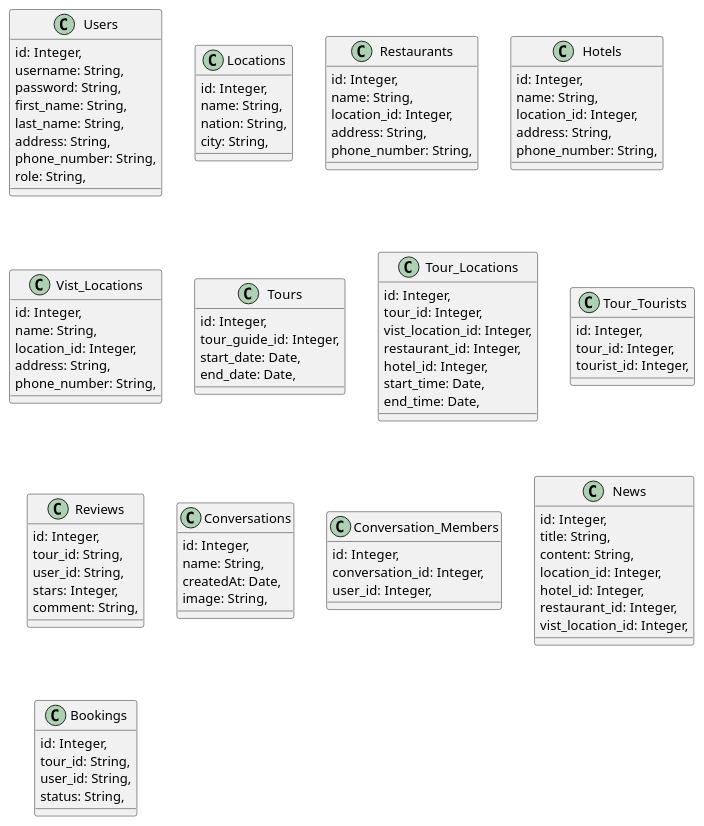
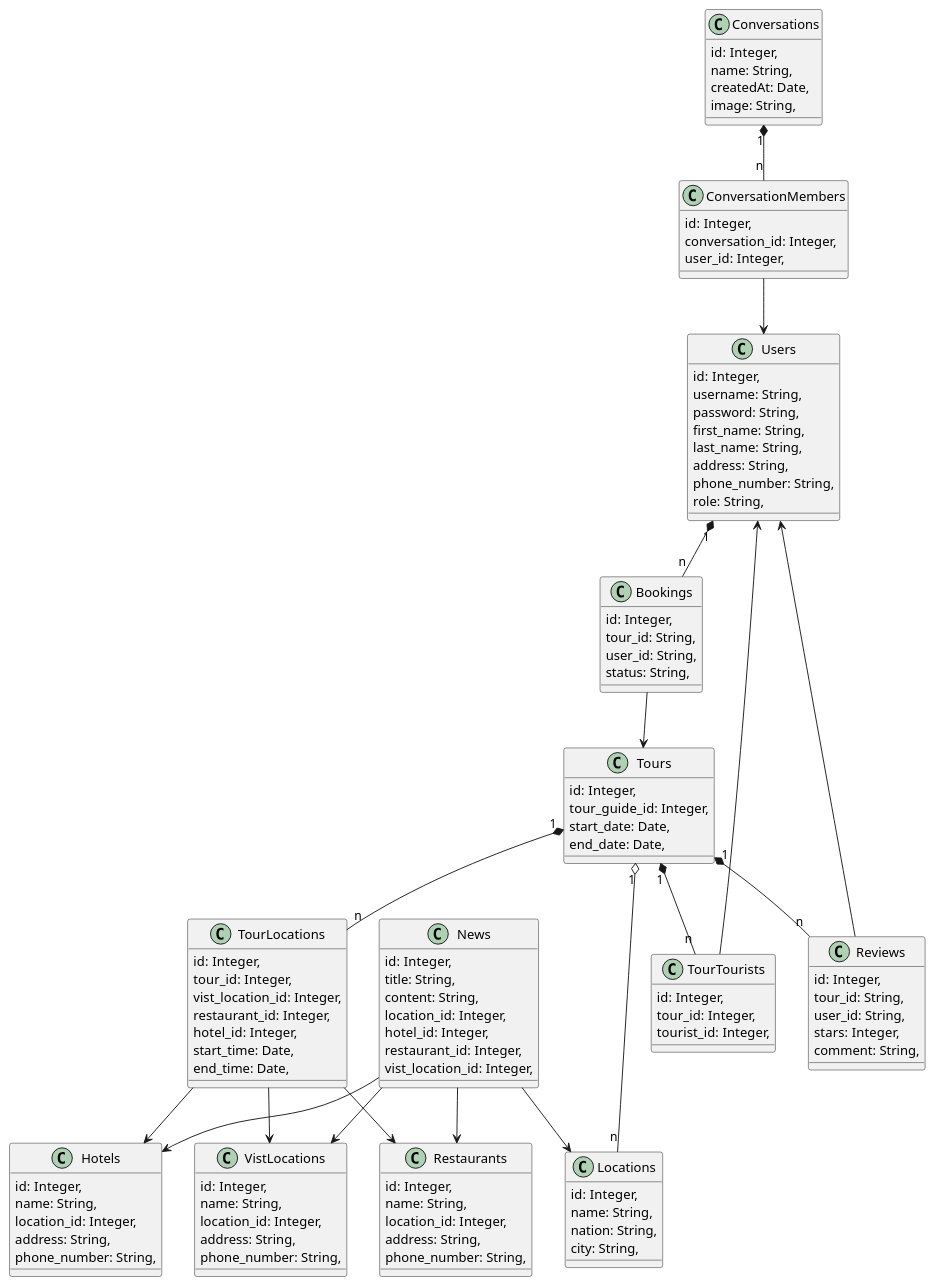
Before and after one commit to Khoitran0205/SE357-Pratice-class: the diagram in lab1.2/class_diagram.plantuml, drawn with PlantUML.

Commit message:
update lab 1.2

```diff
--- a/lab1.2/class_diagram.plantuml
+++ b/lab1.2/class_diagram.plantuml
@@ -1,106 +1,125 @@
 @startuml Lab1.2_class_diagram
 
 class Users {
     id: Integer,
     username: String,
     password: String,
     first_name: String,
     last_name: String,
     address: String,
     phone_number: String,
     role: String,
 }
 
 class Locations {
     id: Integer,
     name: String,
     nation: String,
     city: String,
 }
 
 class Restaurants {
     id: Integer,
     name: String,
     location_id: Integer,
     address: String,
     phone_number: String,
 }
 
 class Hotels {
     id: Integer,
     name: String,
     location_id: Integer,
     address: String,
     phone_number: String,
 }
 
-class Vist_Locations {
+class VistLocations {
     id: Integer,
     name: String,
     location_id: Integer,
     address: String,
     phone_number: String,
 }
 
 class Tours {
     id: Integer,
     tour_guide_id: Integer,
     start_date: Date,
     end_date: Date,
 }
 
-class Tour_Locations {
+class TourLocations {
     id: Integer,
     tour_id: Integer,
     vist_location_id: Integer,
     restaurant_id: Integer,
     hotel_id: Integer,
     start_time: Date,
     end_time: Date,
 }
 
-class Tour_Tourists {
+class TourTourists {
     id: Integer,
     tour_id: Integer,
     tourist_id: Integer,
 }
 
 class Reviews {
     id: Integer,
     tour_id: String,
     user_id: String,
     stars: Integer,
     comment: String,
 }
 
 class Conversations {
     id: Integer,
     name: String,
     createdAt: Date,
     image: String,
 }
 
-class Conversation_Members {
+class ConversationMembers {
     id: Integer,
     conversation_id: Integer,
     user_id: Integer,
 }
 
 class News {
     id: Integer,
     title: String,
     content: String,
     location_id: Integer,
     hotel_id: Integer,
     restaurant_id: Integer,
     vist_location_id: Integer,
 }
 
 class Bookings {
     id: Integer,
     tour_id: String,
     user_id: String,
     status: String,
 }
 
+Users "1" *-- "n" Bookings
+Conversations "1" *-- "n" ConversationMembers
+Tours "1" *-- "n" Reviews
+Tours "1" *-- "n" TourTourists
+Tours "1" *-- "n" TourLocations
+Tours "1" o-- "n" Locations
+News --> Locations
+News --> Hotels
+News --> Restaurants
+News --> VistLocations
+TourLocations --> Hotels
+TourLocations --> Restaurants
+TourLocations --> VistLocations
+Reviews --> Users
+TourTourists --> Users
+ConversationMembers --> Users
+Bookings --> Tours
+
+
 @enduml
```
